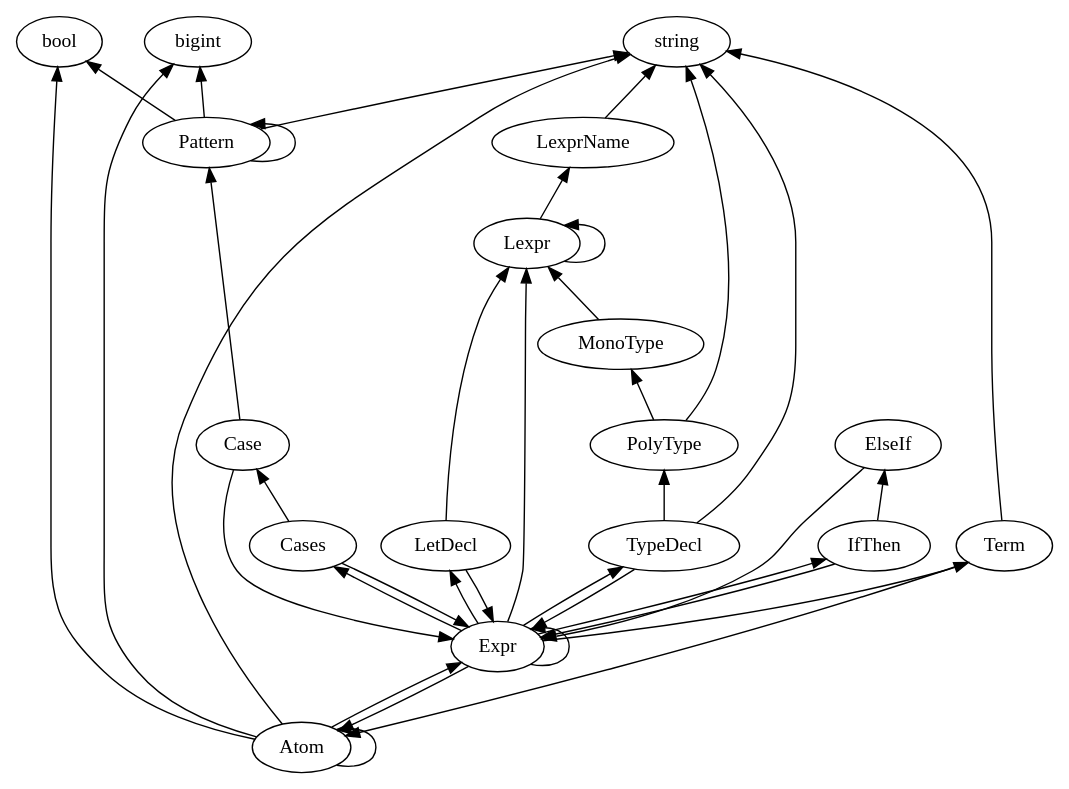
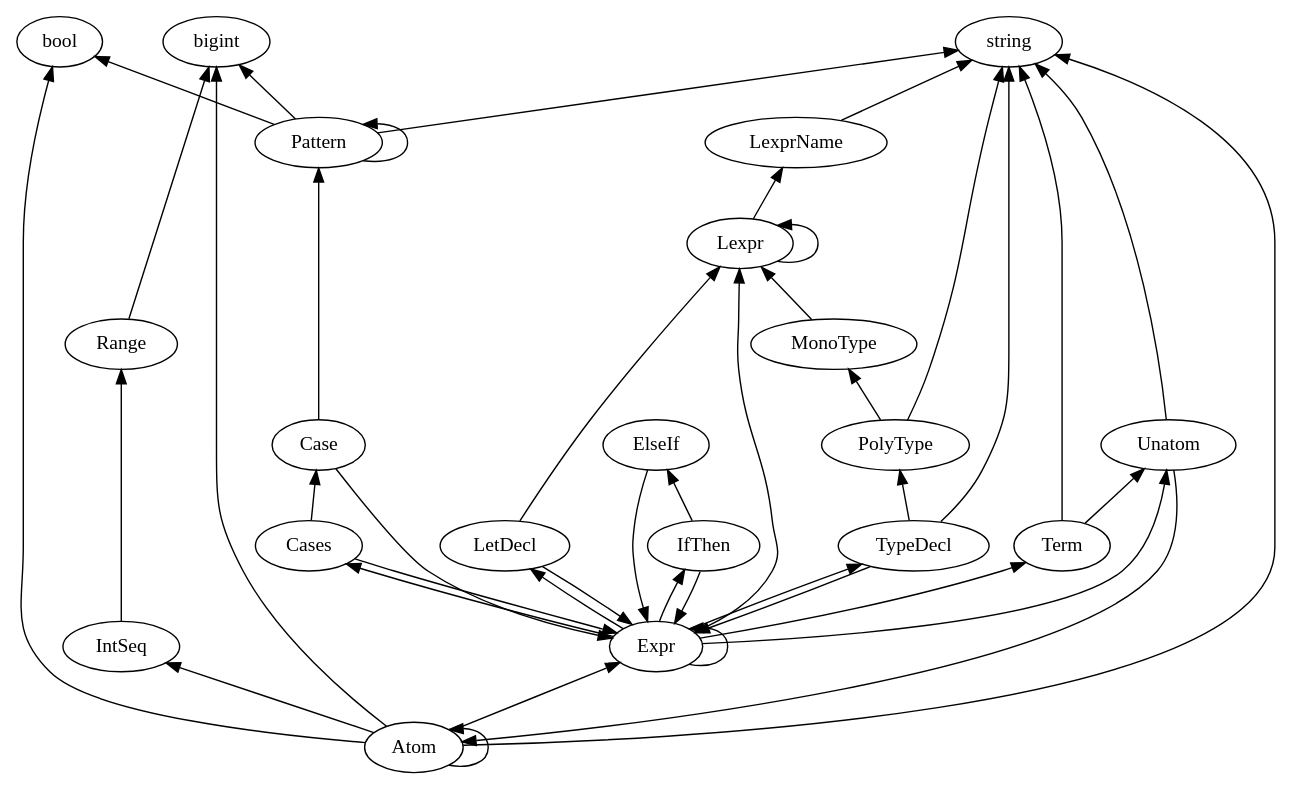
One commit to plutoscarab/Arafel changed the diagram in generated/productions.dot. Above: the diagram before and after it, drawn with Graphviz. The commit also changed 21 other files, not shown here.

Commit message:
Numeric lists, railroad diagrams, alternate lambda syntax, unary operators

```diff
--- a/generated/productions.dot
+++ b/generated/productions.dot
@@ -1,41 +1,46 @@
 digraph G {
     rankdir="BT"
     { rank=same; bool; bigint; string; }
     Atom -> Atom
     Atom -> Expr
     Atom -> bigint
+    Atom -> IntSeq
     Atom -> string
     Atom -> bool
     Case -> Pattern
     Case -> Expr
     Cases -> Expr
     Cases -> Case
     ElseIf -> Expr
-    Expr -> Atom
+    Expr -> Unatom
     Expr -> Term
     Expr -> TypeDecl
     Expr -> LetDecl
     Expr -> Cases
     Expr -> IfThen
     Expr -> Lexpr
     Expr -> Expr
     IfThen -> Expr
     IfThen -> ElseIf
+    IntSeq -> Range
     LetDecl -> Lexpr
     LetDecl -> Expr
     Lexpr -> LexprName
     Lexpr -> Lexpr
     LexprName -> string
     MonoType -> Lexpr
     Pattern -> string
     Pattern -> Pattern
     Pattern -> bigint
     Pattern -> bool
     PolyType -> string
     PolyType -> MonoType
+    Range -> bigint
     Term -> string
-    Term -> Atom
+    Term -> Unatom
     TypeDecl -> string
     TypeDecl -> PolyType
     TypeDecl -> Expr
+    Unatom -> string
+    Unatom -> Atom
 }
```
